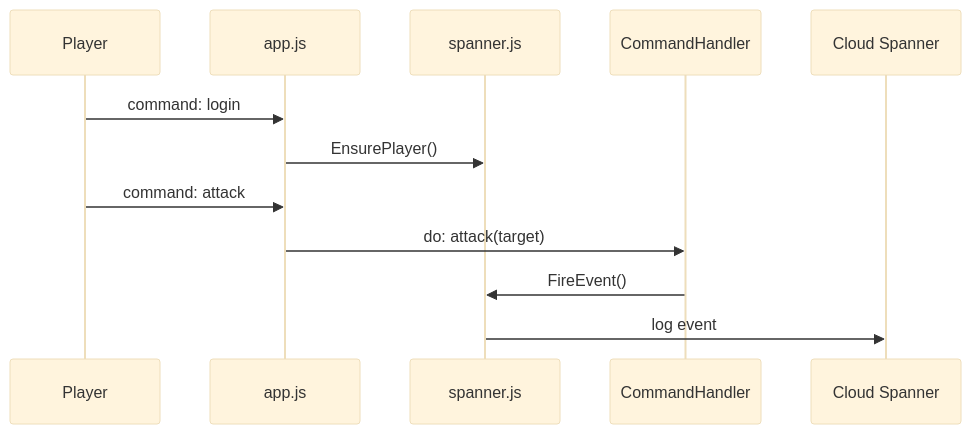
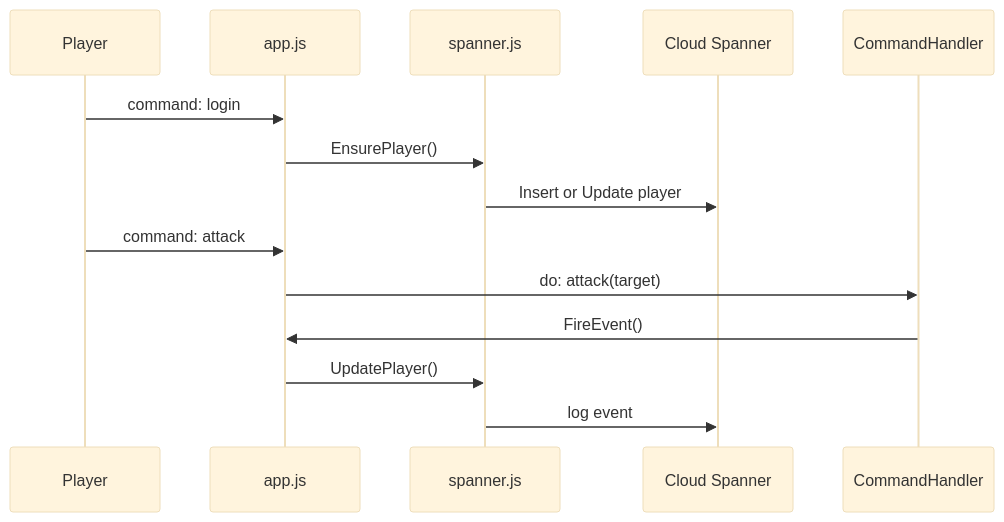
Before and after one commit to michael-chi/gke-gaming: the diagram in gke-version/readme.md, drawn with Mermaid (base theme).

Commit message:
flow chart correction

````diff
--- a/gke-version/readme.md
+++ b/gke-version/readme.md
@@ -42,10 +42,12 @@
 ```mermaid
 sequenceDiagram
 
 Player ->> app.js: command: login
 app.js ->> spanner.js: EnsurePlayer()
+spanner.js ->> Cloud Spanner: Insert or Update player
 Player ->> app.js: command: attack
 app.js ->> CommandHandler: do: attack(target)
-CommandHandler ->> spanner.js: FireEvent()
+CommandHandler ->> app.js: FireEvent()
+app.js ->> spanner.js: UpdatePlayer()
 spanner.js ->> Cloud Spanner: log event
 ```
````
